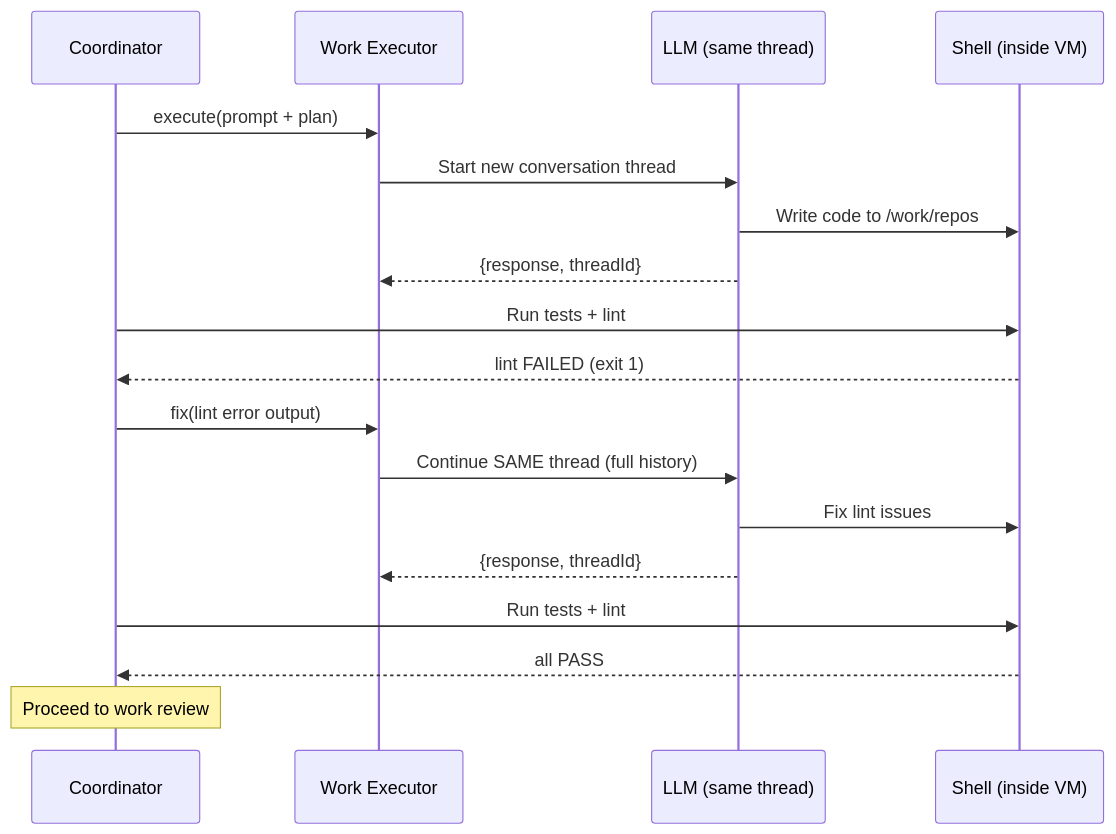
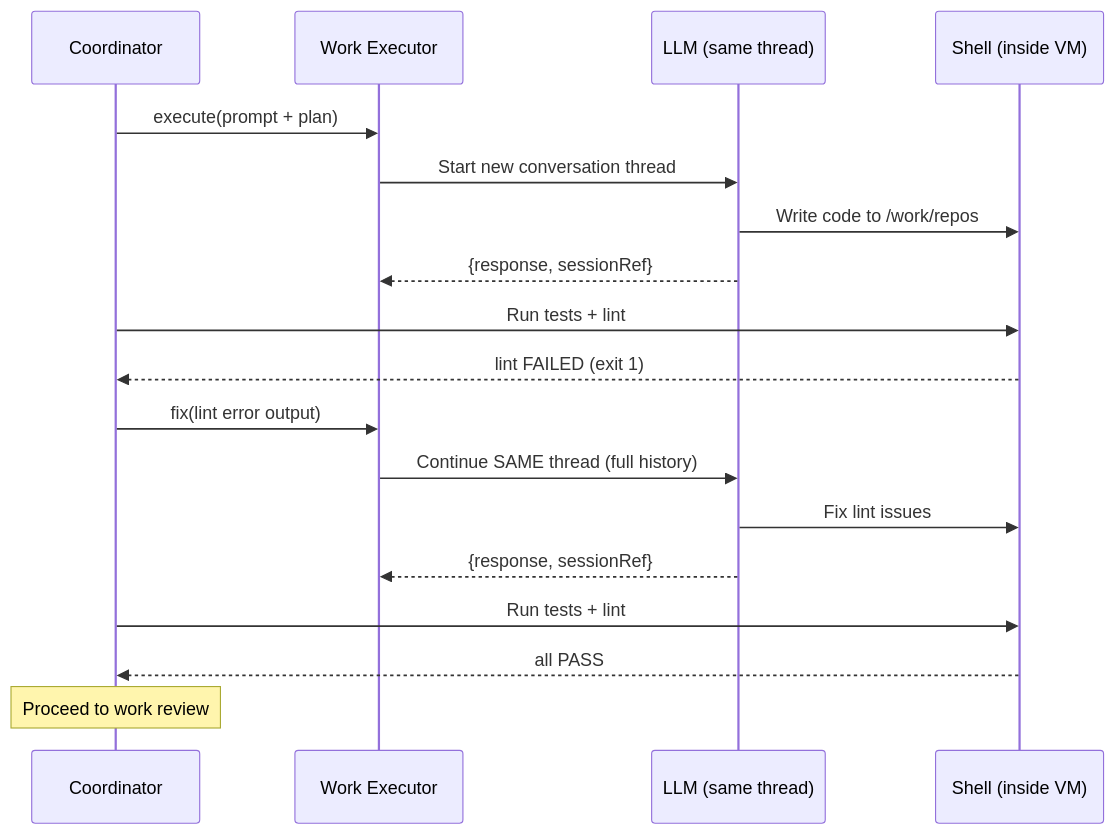
Before and after one commit to ShravanSunder/agent-vm: the second of 2 diagrams in docs/architecture/agent-worker-gateway.md, drawn with Mermaid. The commit also changed other lines of this file and 23 other files, not shown here.

````diff
--- a/docs/architecture/agent-worker-gateway.md
+++ b/docs/architecture/agent-worker-gateway.md
@@ -395,25 +395,25 @@
 ```mermaid
 sequenceDiagram
     participant Coord as Coordinator
     participant Exec as Work Executor
     participant LLM as LLM (same thread)
     participant Shell as Shell (inside VM)
 
     Coord->>Exec: execute(prompt + plan)
     Exec->>LLM: Start new conversation thread
     LLM->>Shell: Write code to /work/repos
-    LLM-->>Exec: {response, threadId}
+    LLM-->>Exec: {response, sessionRef}
 
     Coord->>Shell: Run tests + lint
     Shell-->>Coord: lint FAILED (exit 1)
 
     Coord->>Exec: fix(lint error output)
     Exec->>LLM: Continue SAME thread (full history)
     LLM->>Shell: Fix lint issues
-    LLM-->>Exec: {response, threadId}
+    LLM-->>Exec: {response, sessionRef}
 
     Coord->>Shell: Run tests + lint
     Shell-->>Coord: all PASS
 
     Note over Coord: Proceed to work review
 ```
````
